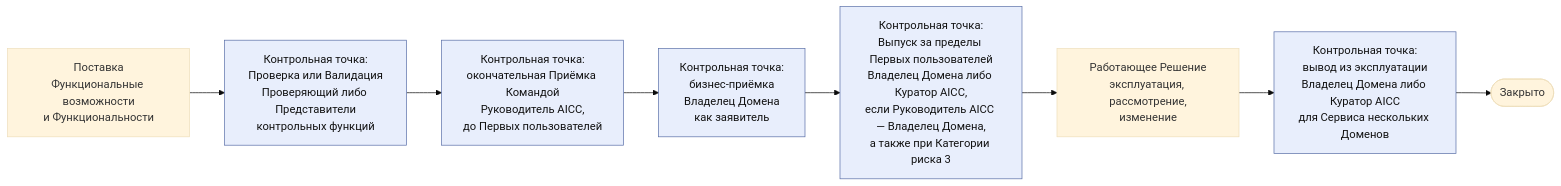
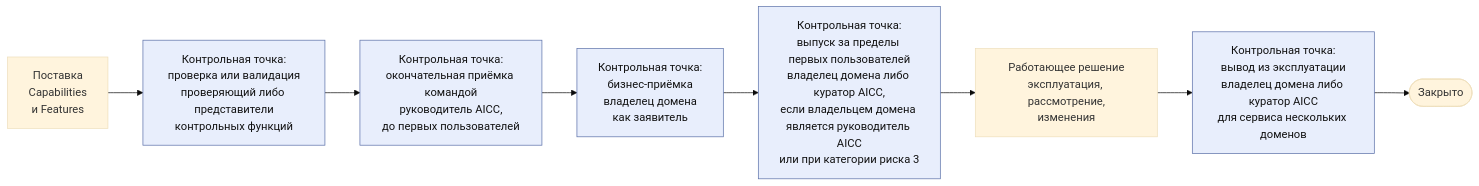
The third of 5 diagrams in charter/ru/guides/service-delivery-guide.md (devhogu/ob-aicc), drawn with Mermaid (base theme) before and after one commit. The commit also changed other lines of this file and 6 other files, not shown here.

````diff
--- a/charter/ru/guides/service-delivery-guide.md
+++ b/charter/ru/guides/service-delivery-guide.md
@@ -63,12 +63,12 @@
 ```mermaid
 flowchart LR
-  DV["Поставка<br/>Функциональные возможности<br/>и Функциональности"] --> G4["Контрольная точка:<br/>Проверка или Валидация<br/>Проверяющий либо Представители<br/>контрольных функций"]
-  G4 --> G4B["Контрольная точка:<br/>окончательная Приёмка Командой<br/>Руководитель AICC,<br/>до Первых пользователей"]
-  G4B --> G5["Контрольная точка:<br/>бизнес-приёмка<br/>Владелец Домена<br/>как заявитель"]
-  G5 --> G6["Контрольная точка:<br/>Выпуск за пределы Первых пользователей<br/>Владелец Домена либо Куратор AICC,<br/>если Руководитель AICC — Владелец Домена,<br/>а также при Категории риска 3"]
-  G6 --> LV["Работающее Решение<br/>эксплуатация, рассмотрение,<br/>изменение"]
-  LV --> G7["Контрольная точка:<br/>вывод из эксплуатации<br/>Владелец Домена либо Куратор AICC<br/>для Сервиса нескольких Доменов"]
+  DV["Поставка<br/>Capabilities<br/>и Features"] --> G4["Контрольная точка:<br/>проверка или валидация<br/>проверяющий либо представители<br/>контрольных функций"]
+  G4 --> G4B["Контрольная точка:<br/>окончательная приёмка командой<br/>руководитель AICC,<br/>до первых пользователей"]
+  G4B --> G5["Контрольная точка:<br/>бизнес-приёмка<br/>владелец домена<br/>как заявитель"]
+  G5 --> G6["Контрольная точка:<br/>выпуск за пределы первых пользователей<br/>владелец домена либо куратор AICC,<br/>если владельцем домена является руководитель AICC<br/>или при категории риска 3"]
+  G6 --> LV["Работающее решение<br/>эксплуатация, рассмотрение,<br/>изменения"]
+  LV --> G7["Контрольная точка:<br/>вывод из эксплуатации<br/>владелец домена либо куратор AICC<br/>для сервиса нескольких доменов"]
   G7 --> CL(["Закрыто"])
   classDef gate fill:#e8eefc,stroke:#5a6fa8,color:#111
   class G4,G4B,G5,G6,G7 gate
 ```
````
